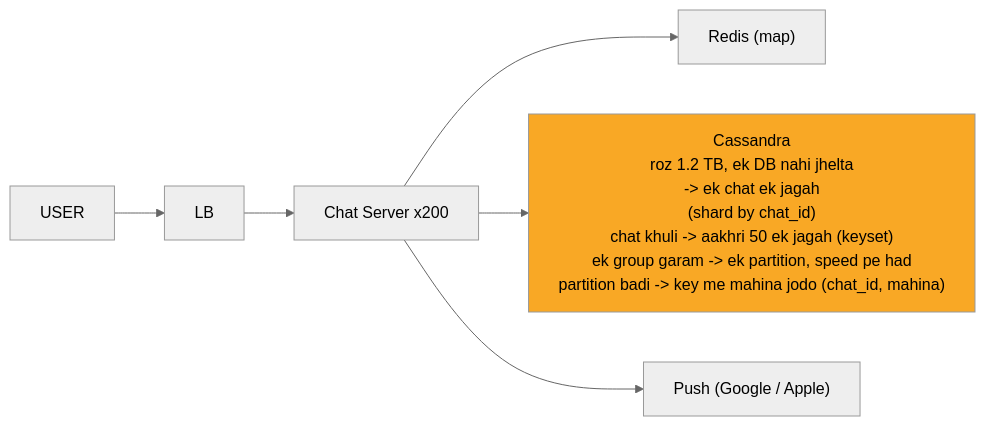
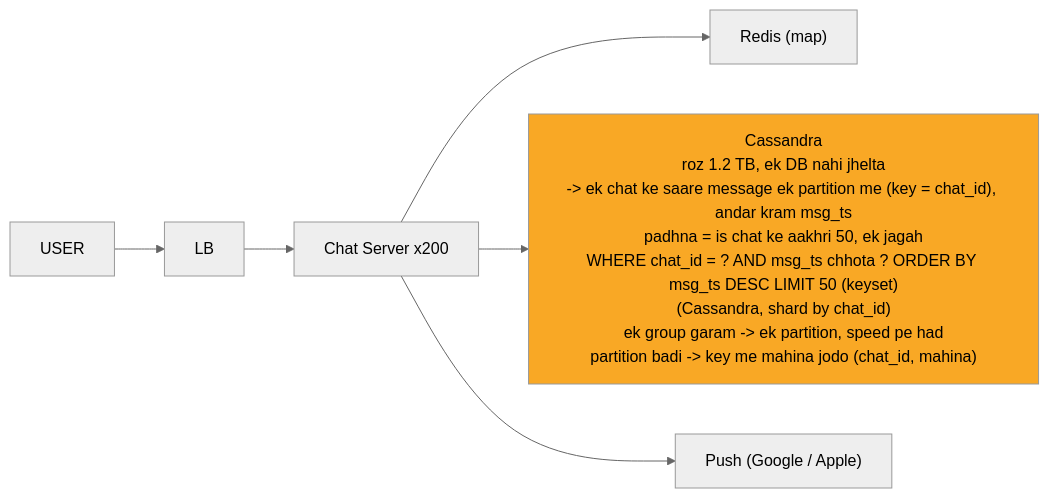
Before and after one commit to ArpanMaheshwari144/Prep: the fifth of 12 diagrams in 04_HLD/SYSTEM_DESIGNS/14_chat_messaging/14_chat_messaging.md, drawn with Mermaid (neutral theme). The commit also changed other lines of this file and 13 other files, not shown here.

````diff
--- a/04_HLD/SYSTEM_DESIGNS/14_chat_messaging/14_chat_messaging.md
+++ b/04_HLD/SYSTEM_DESIGNS/14_chat_messaging/14_chat_messaging.md
@@ -228,16 +231,16 @@
 ```mermaid
 %%{init: {"flowchart": {"wrappingWidth": 450}}}%%
 flowchart LR
     n_U["USER"]
     n_LB["LB"]
     n_CS["Chat Server x200"]
     n_R["Redis (map)"]
-    n_CA["Cassandra<br/>roz 1.2 TB, ek DB nahi jhelta<br/>-> ek chat ek jagah<br/>(shard by chat_id)<br/>chat khuli -> aakhri 50 ek jagah (keyset)<br/>ek group garam -> ek partition, speed pe had<br/>partition badi -> key me mahina jodo (chat_id, mahina)"]
+    n_CA["Cassandra<br/>roz 1.2 TB, ek DB nahi jhelta<br/>-> ek chat ke saare message ek partition me (key = chat_id), andar kram msg_ts<br/>padhna = is chat ke aakhri 50, ek jagah<br/>WHERE chat_id = ? AND msg_ts chhota ? ORDER BY msg_ts DESC LIMIT 50 (keyset)<br/>(Cassandra, shard by chat_id)<br/>ek group garam -> ek partition, speed pe had<br/>partition badi -> key me mahina jodo (chat_id, mahina)"]
     n_P["Push (Google / Apple)"]
     n_U --> n_LB
     n_LB --> n_CS
     n_CS --> n_R
     n_CS --> n_CA
     n_CS --> n_P
     style n_CA fill:#f9a825,color:#000
 ```
````
